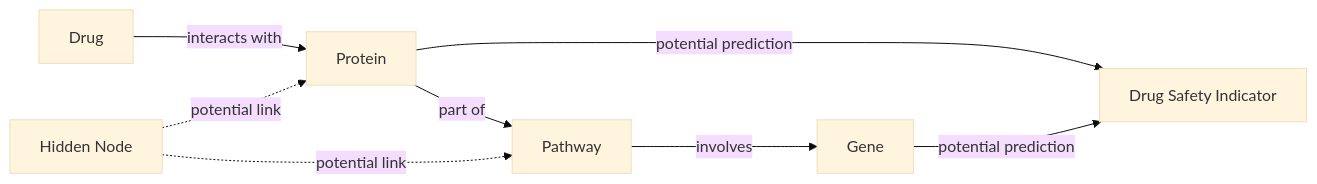
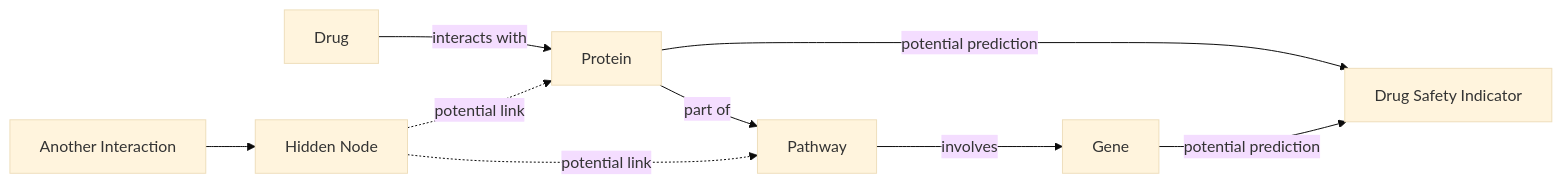
The diagram in README.md (inab-certh/MIE2024---Machine-Learning-and-Knowledge-Graphs), drawn with Mermaid (base theme) before and after one commit.

````diff
--- a/README.md
+++ b/README.md
@@ -17,10 +17,11 @@
 ```mermaid
 graph LR
     A[Drug] -->|interacts with| B[Protein]
     B -->|part of| C[Pathway]
     C -->|involves| D[Gene]
-    E[Hidden Node] -.->|potential link| B
+    X[Another Interaction] --> E[Hidden Node]
+    E -.->|potential link| B
     E -.->|potential link| C
     B -->|potential prediction| F[Drug Safety Indicator]
     D -->|potential prediction| F
 ```
````
